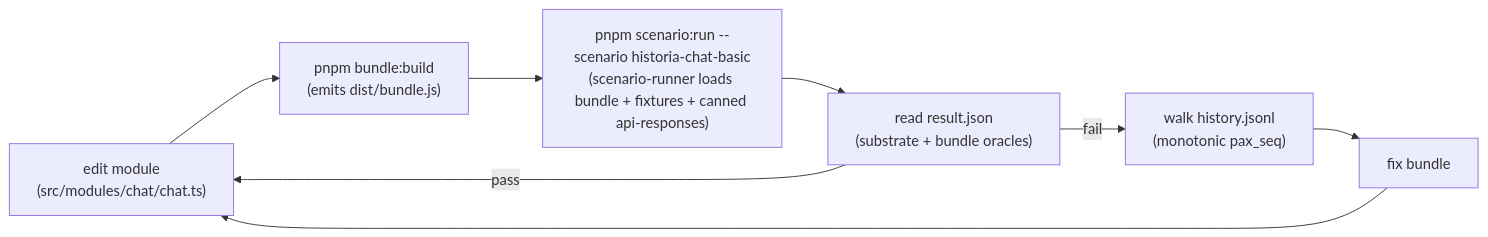
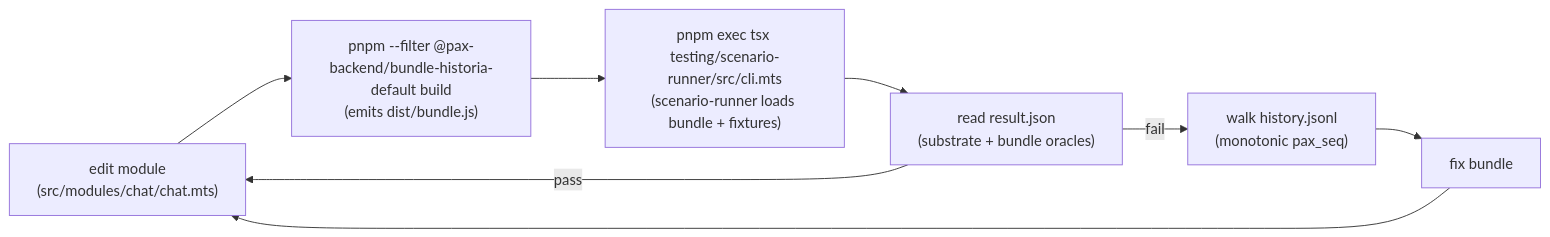
Before and after one commit to pax-historia/pax-backend: the diagram in examples/bundles/historia-default/README.md, drawn with Mermaid. The commit also changed other lines of this file and 2 other files, not shown here.

Commit message:
Refresh historia proof docs

````diff
--- a/examples/bundles/historia-default/README.md
+++ b/examples/bundles/historia-default/README.md
@@ -230,13 +213,13 @@
 ```mermaid
 flowchart LR
-  edit["edit module<br/>(src/modules/chat/chat.ts)"]
-  build["pnpm bundle:build<br/>(emits dist/bundle.js)"]
-  run["pnpm scenario:run --scenario historia-chat-basic<br/>(scenario-runner loads bundle + fixtures + canned api-responses)"]
+  edit["edit module<br/>(src/modules/chat/chat.mts)"]
+  build["pnpm --filter @pax-backend/bundle-historia-default build<br/>(emits dist/bundle.js)"]
+  run["pnpm exec tsx testing/scenario-runner/src/cli.mts<br/>(scenario-runner loads bundle + fixtures)"]
   result["read result.json<br/>(substrate + bundle oracles)"]
   history["walk history.jsonl<br/>(monotonic pax_seq)"]
   fix["fix bundle"]
 
   edit --> build --> run --> result
   result -->|"pass"| edit
   result -->|"fail"| history --> fix --> edit
 ```
````
